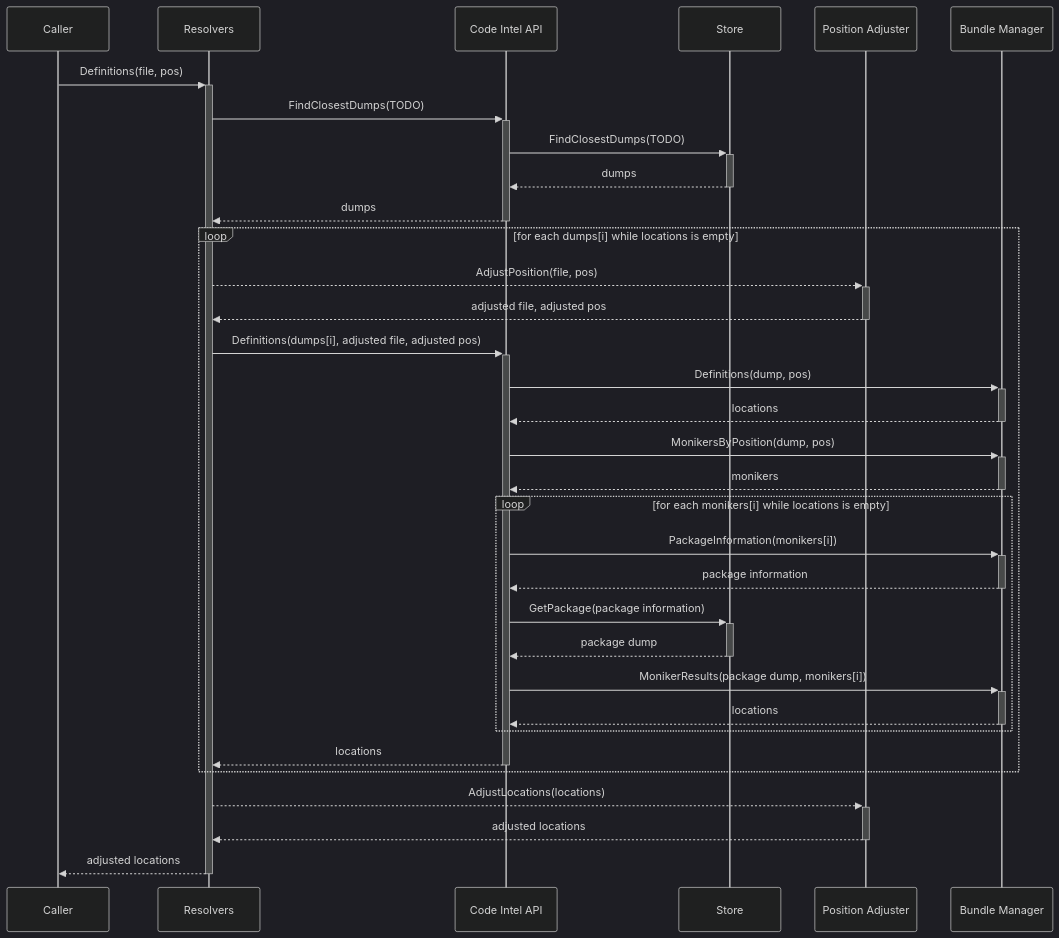
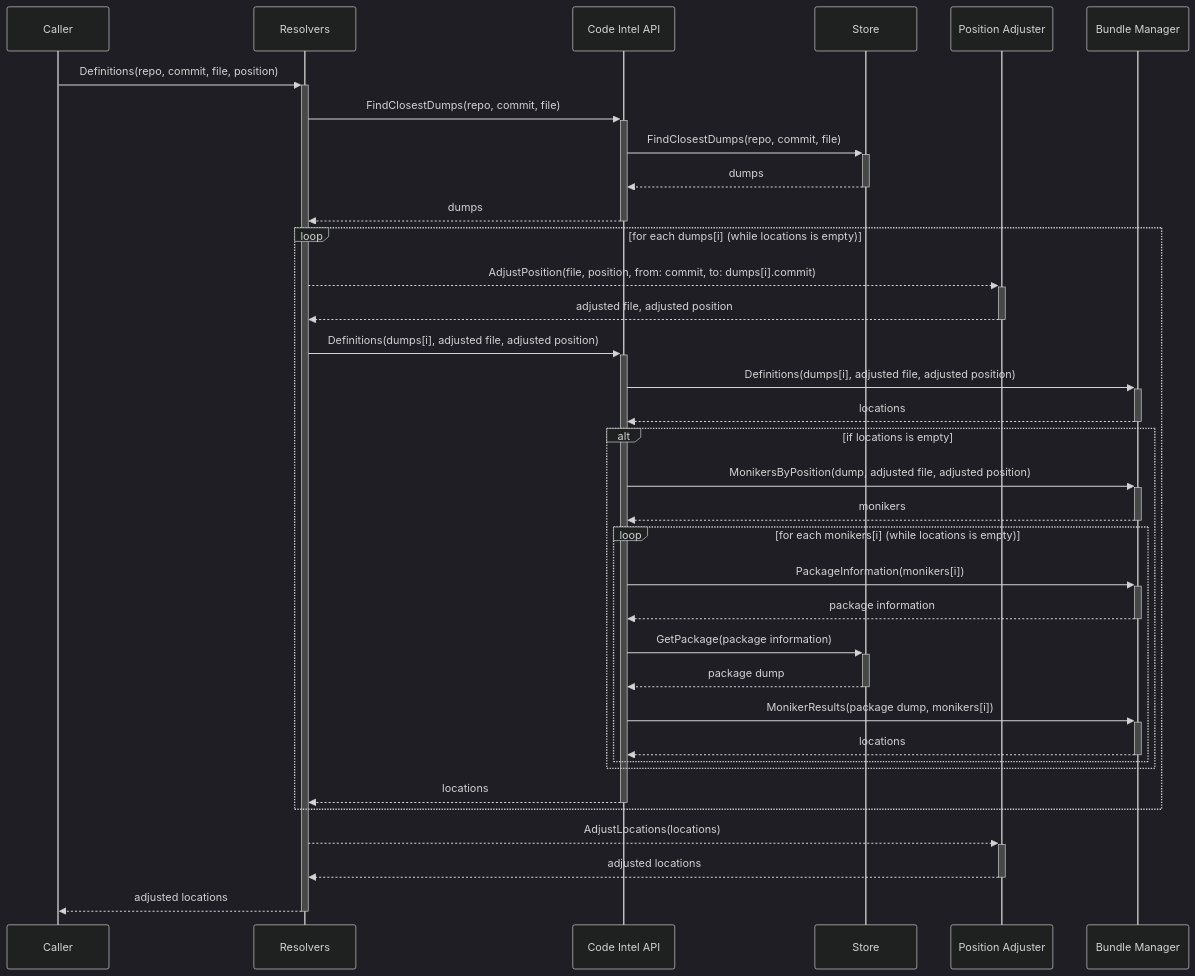
One commit to Mistobaan/sourcegraph changed the diagram in doc/dev/codeintel/diagrams/definitions.mermaid. Above: the diagram before and after it, drawn with Mermaid (dark theme). The commit also changed 13 other files, not shown here.

```diff
--- a/doc/dev/codeintel/diagrams/definitions.mermaid
+++ b/doc/dev/codeintel/diagrams/definitions.mermaid
@@ -1,31 +1,34 @@
 sequenceDiagram
-  Caller          ->>+ Resolvers: Definitions(file, pos)
-  Resolvers       ->>+ Code Intel API: FindClosestDumps(TODO)
-  Code Intel API  ->>+ Store: FindClosestDumps(TODO)
+  Caller          ->>+ Resolvers: Definitions(repo, commit, file, position)
+  Resolvers       ->>+ Code Intel API: FindClosestDumps(repo, commit, file)
+  Code Intel API  ->>+ Store: FindClosestDumps(repo, commit, file)
   Store          -->>- Code Intel API: dumps
   Code Intel API -->>- Resolvers: dumps
 
-  loop for each dumps[i] while locations is empty
-    Resolvers         -->>+ Position Adjuster: AdjustPosition(file, pos)
-    Position Adjuster -->>- Resolvers: adjusted file, adjusted pos
-    Resolvers          ->>+ Code Intel API: Definitions(dumps[i], adjusted file, adjusted pos)
-    Code Intel API     ->>+ Bundle Manager: Definitions(dump, pos)
+  loop for each dumps[i] (while locations is empty)
+    Resolvers         -->>+ Position Adjuster: AdjustPosition(file, position, from: commit, to: dumps[i].commit)
+    Position Adjuster -->>- Resolvers: adjusted file, adjusted position
+    Resolvers          ->>+ Code Intel API: Definitions(dumps[i], adjusted file, adjusted position)
+    Code Intel API     ->>+ Bundle Manager: Definitions(dumps[i], adjusted file, adjusted position)
     Bundle Manager    -->>- Code Intel API: locations
-    Code Intel API     ->>+ Bundle Manager: MonikersByPosition(dump, pos)
-    Bundle Manager    -->>- Code Intel API: monikers
 
-    loop for each monikers[i] while locations is empty
+    alt if locations is empty
+    Code Intel API     ->>+ Bundle Manager: MonikersByPosition(dump, adjusted file, adjusted position)
+      Bundle Manager    -->>- Code Intel API: monikers
+
+      loop for each monikers[i] (while locations is empty)
         Code Intel API  ->>+ Bundle Manager: PackageInformation(monikers[i])
         Bundle Manager -->>- Code Intel API: package information
         Code Intel API  ->>+ Store: GetPackage(package information)
         Store          -->>- Code Intel API: package dump
         Code Intel API  ->>+ Bundle Manager: MonikerResults(package dump, monikers[i])
         Bundle Manager -->>- Code Intel API: locations
+      end
     end
 
     Code Intel API -->>- Resolvers: locations
   end
 
   Resolvers         -->>+ Position Adjuster: AdjustLocations(locations)
   Position Adjuster -->>- Resolvers: adjusted locations
   Resolvers         -->>- Caller: adjusted locations
```
